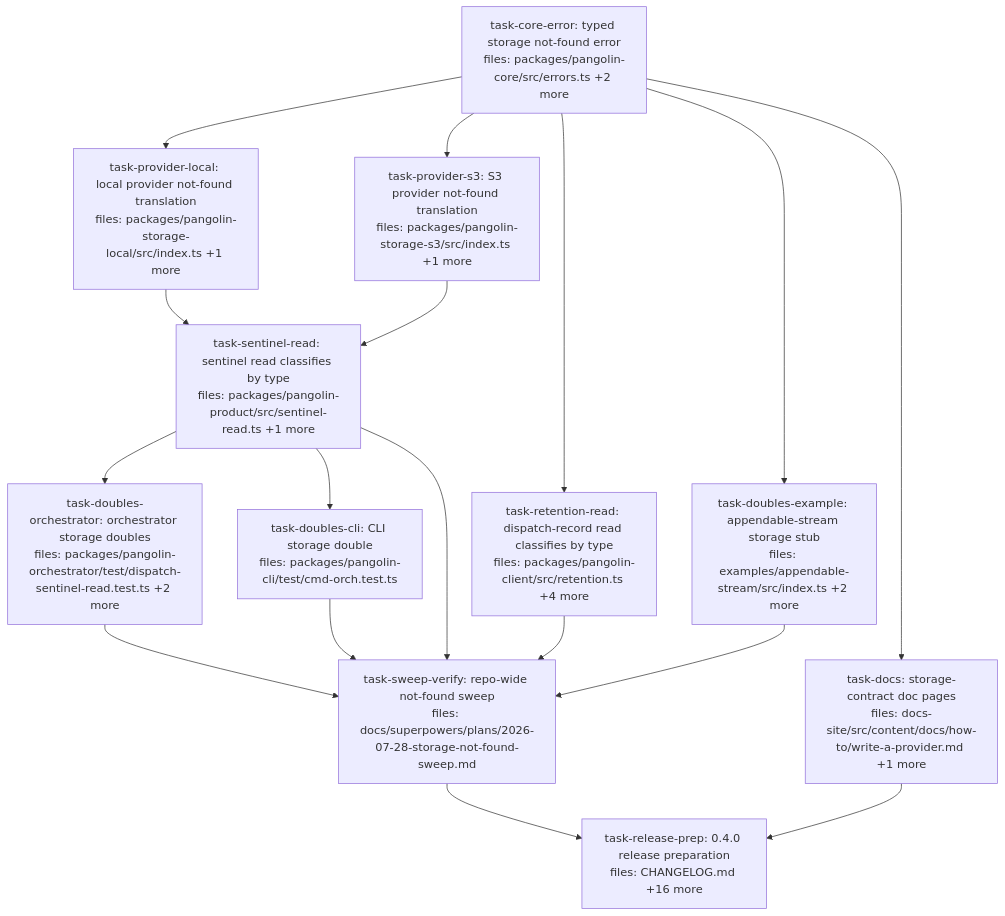
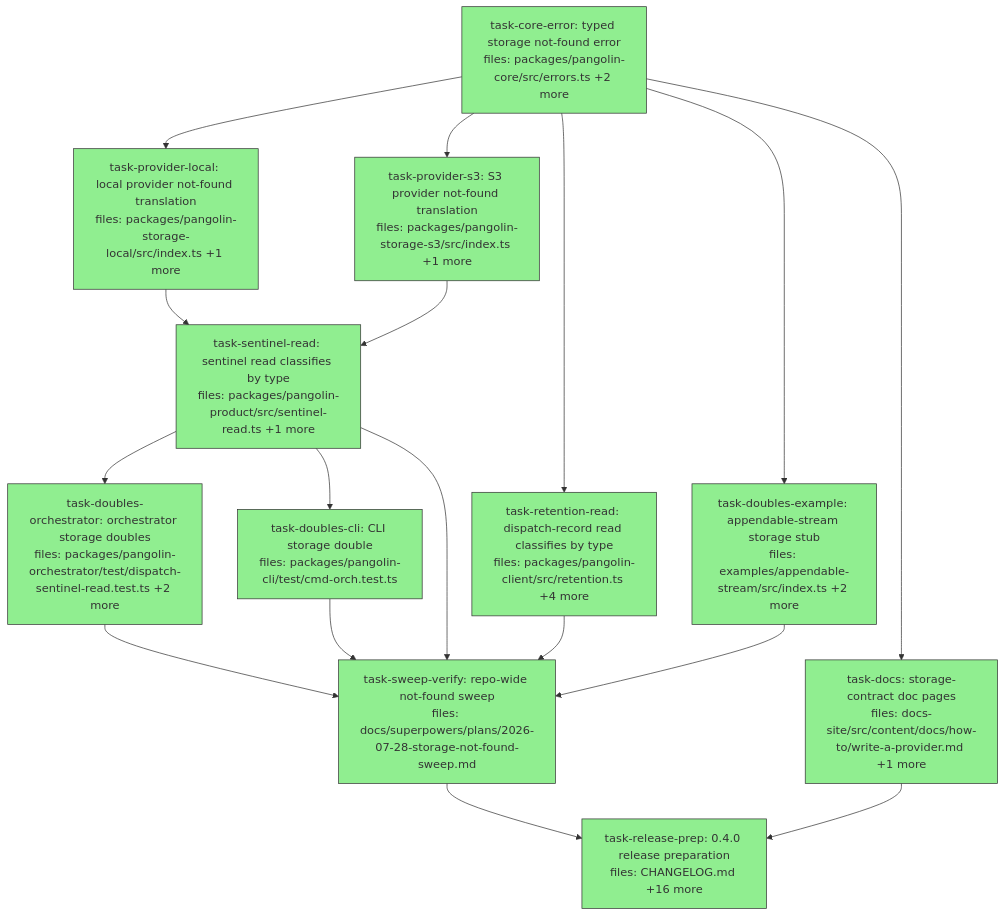
One commit to QuarrySystems/pangolin changed the diagram in docs/superpowers/plans/2026-07-28-storage-not-found-dag.md. Above: the diagram before and after it, drawn with Mermaid. The commit also changed other lines of this file, not shown here.

Commit message:
plan(storage-not-found): mark all 11 tasks done
Execution complete: 11/11 done, 0 failed, 0 skipped, across commits
1af757f..c47f982. One re-dispatch (release-prep changelog accuracy);
no task reported BLOCKED.

````diff
--- a/docs/superpowers/plans/2026-07-28-storage-not-found-dag.md
+++ b/docs/superpowers/plans/2026-07-28-storage-not-found-dag.md
@@ -6,37 +6,37 @@
 ```mermaid
 flowchart TD
-    task-core-error["task-core-error: typed storage not-found error<br/>files: packages/pangolin-core/src/errors.ts +2 more"]
-    task-provider-local["task-provider-local: local provider not-found translation<br/>files: packages/pangolin-storage-local/src/index.ts +1 more"]
-    task-provider-s3["task-provider-s3: S3 provider not-found translation<br/>files: packages/pangolin-storage-s3/src/index.ts +1 more"]
-    task-sentinel-read["task-sentinel-read: sentinel read classifies by type<br/>files: packages/pangolin-product/src/sentinel-read.ts +1 more"]
-    task-retention-read["task-retention-read: dispatch-record read classifies by type<br/>files: packages/pangolin-client/src/retention.ts +4 more"]
-    task-doubles-orchestrator["task-doubles-orchestrator: orchestrator storage doubles<br/>files: packages/pangolin-orchestrator/test/dispatch-sentinel-read.test.ts +2 more"]
-    task-doubles-cli["task-doubles-cli: CLI storage double<br/>files: packages/pangolin-cli/test/cmd-orch.test.ts"]
-    task-doubles-example["task-doubles-example: appendable-stream storage stub<br/>files: examples/appendable-stream/src/index.ts +2 more"]
-    task-docs["task-docs: storage-contract doc pages<br/>files: docs-site/src/content/docs/how-to/write-a-provider.md +1 more"]
-    task-sweep-verify["task-sweep-verify: repo-wide not-found sweep<br/>files: docs/superpowers/plans/2026-07-28-storage-not-found-sweep.md"]
-    task-release-prep["task-release-prep: 0.4.0 release preparation<br/>files: CHANGELOG.md +16 more"]
+    task-core-error["task-core-error: typed storage not-found error<br/>files: packages/pangolin-core/src/errors.ts +2 more"]:::done
+    task-provider-local["task-provider-local: local provider not-found translation<br/>files: packages/pangolin-storage-local/src/index.ts +1 more"]:::done
+    task-provider-s3["task-provider-s3: S3 provider not-found translation<br/>files: packages/pangolin-storage-s3/src/index.ts +1 more"]:::done
+    task-sentinel-read["task-sentinel-read: sentinel read classifies by type<br/>files: packages/pangolin-product/src/sentinel-read.ts +1 more"]:::done
+    task-retention-read["task-retention-read: dispatch-record read classifies by type<br/>files: packages/pangolin-client/src/retention.ts +4 more"]:::done
+    task-doubles-orchestrator["task-doubles-orchestrator: orchestrator storage doubles<br/>files: packages/pangolin-orchestrator/test/dispatch-sentinel-read.test.ts +2 more"]:::done
+    task-doubles-cli["task-doubles-cli: CLI storage double<br/>files: packages/pangolin-cli/test/cmd-orch.test.ts"]:::done
+    task-doubles-example["task-doubles-example: appendable-stream storage stub<br/>files: examples/appendable-stream/src/index.ts +2 more"]:::done
+    task-docs["task-docs: storage-contract doc pages<br/>files: docs-site/src/content/docs/how-to/write-a-provider.md +1 more"]:::done
+    task-sweep-verify["task-sweep-verify: repo-wide not-found sweep<br/>files: docs/superpowers/plans/2026-07-28-storage-not-found-sweep.md"]:::done
+    task-release-prep["task-release-prep: 0.4.0 release preparation<br/>files: CHANGELOG.md +16 more"]:::done
 
     task-core-error --> task-provider-local
     task-core-error --> task-provider-s3
     task-core-error --> task-retention-read
     task-core-error --> task-doubles-example
     task-core-error --> task-docs
     task-provider-local --> task-sentinel-read
     task-provider-s3 --> task-sentinel-read
     task-sentinel-read --> task-doubles-orchestrator
     task-sentinel-read --> task-doubles-cli
     task-sentinel-read --> task-sweep-verify
     task-retention-read --> task-sweep-verify
     task-doubles-orchestrator --> task-sweep-verify
     task-doubles-cli --> task-sweep-verify
     task-doubles-example --> task-sweep-verify
     task-sweep-verify --> task-release-prep
     task-docs --> task-release-prep
 
     classDef done fill:#90ee90,stroke:#333
     classDef ready fill:#fffacd,stroke:#333
     classDef running fill:#87ceeb,stroke:#333
     classDef failed fill:#ffb6c1,stroke:#333
     classDef skipped fill:#d3d3d3,stroke:#333,stroke-dasharray: 5 5
 ```
````
